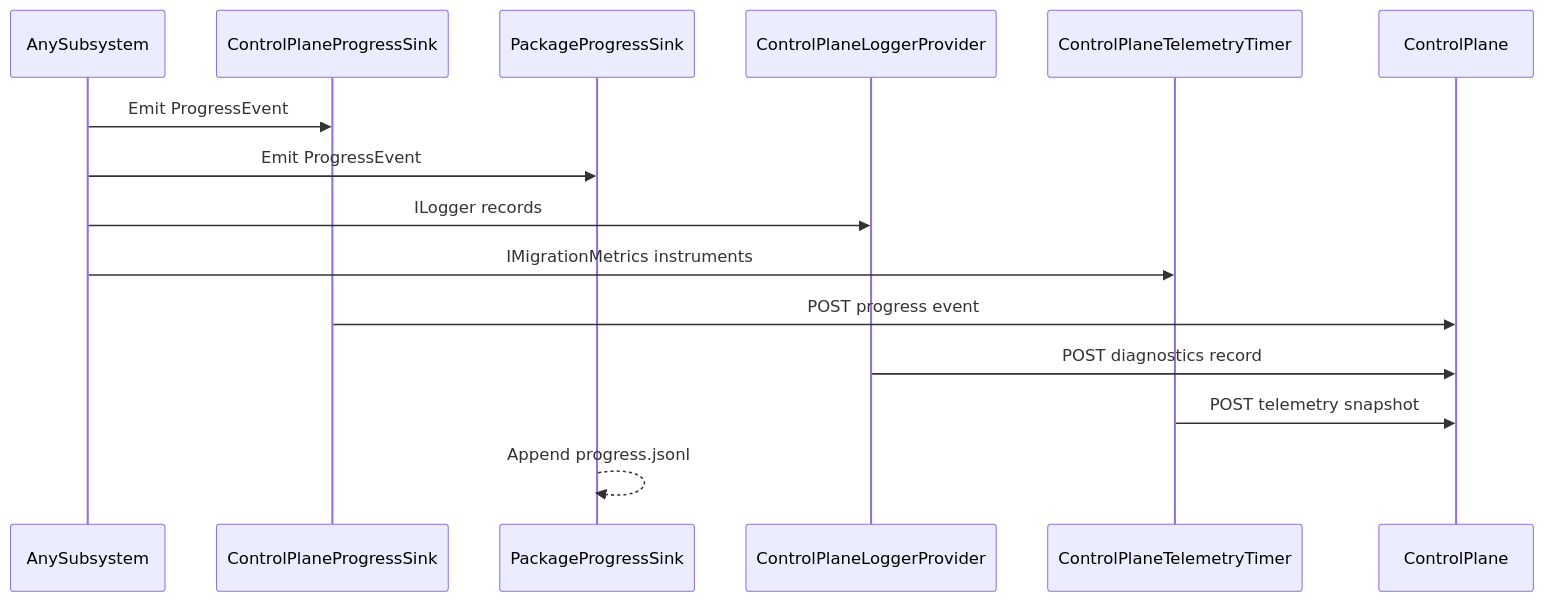
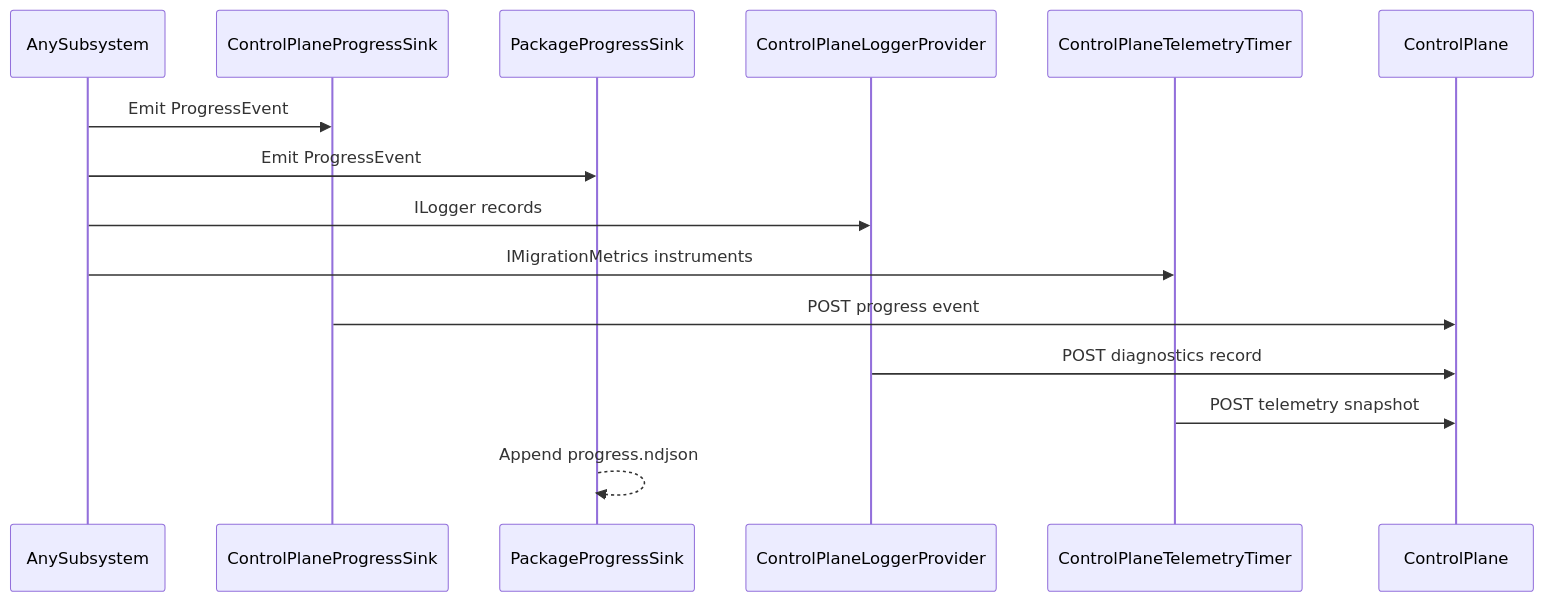
One commit to nkdAgility/azure-devops-migration-platform changed the diagram in .agents/context/architecture/agent-observability.md. Above: the diagram before and after it, drawn with Mermaid. The commit also changed 25 other files, not shown here.

````diff
--- a/.agents/context/architecture/agent-observability.md
+++ b/.agents/context/architecture/agent-observability.md
@@ -32,18 +32,18 @@
 ```mermaid
 sequenceDiagram
   participant SUB as AnySubsystem
   participant CPS as ControlPlaneProgressSink
   participant PPS as PackageProgressSink
   participant CLP as ControlPlaneLoggerProvider
   participant CTT as ControlPlaneTelemetryTimer
   participant CP as ControlPlane
 
   SUB->>CPS: Emit ProgressEvent
   SUB->>PPS: Emit ProgressEvent
   SUB->>CLP: ILogger records
   SUB->>CTT: IMigrationMetrics instruments
   CPS->>CP: POST progress event
   CLP->>CP: POST diagnostics record
   CTT->>CP: POST telemetry snapshot
-  PPS-->>PPS: Append progress.jsonl
+  PPS-->>PPS: Append progress.ndjson
 ```
````
